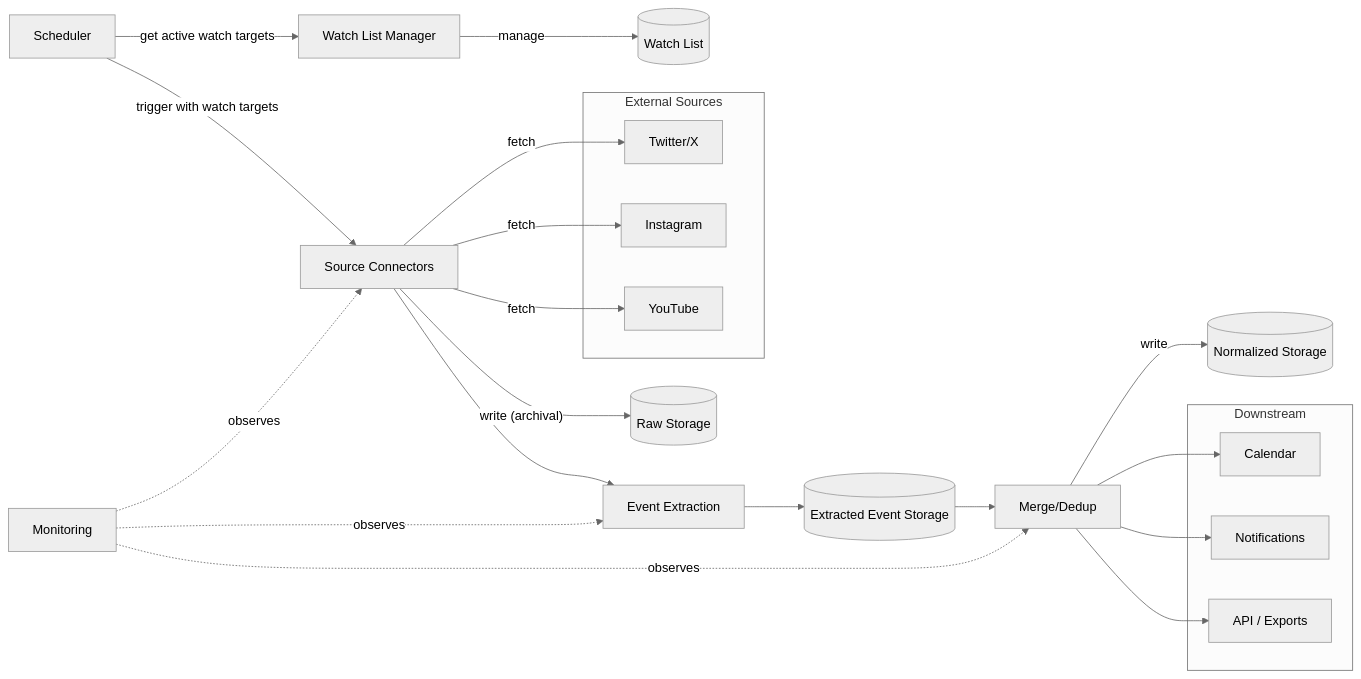
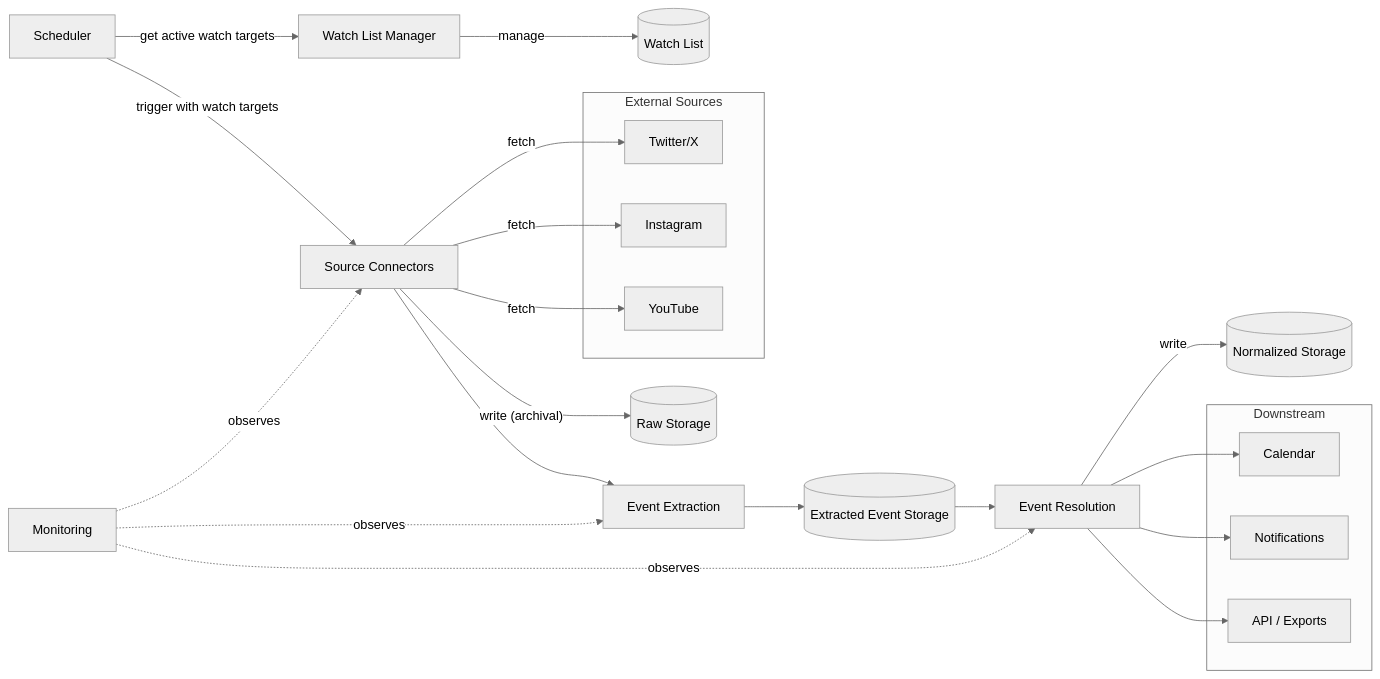
The diagram in ARCHITECTURE.md (d4n1elchen/oshikatsu), drawn with Mermaid (neutral theme) before and after one commit. The commit also changed other lines of this file and 9 other files, not shown here.

First line of the commit message:
docs: rename Phase 3 component from Merge/Deduplication to Event Resolution Engine

````diff
--- a/ARCHITECTURE.md
+++ b/ARCHITECTURE.md
@@ -9,40 +9,40 @@
 ```mermaid
 flowchart LR
     subgraph Sources["External Sources"]
         TW["Twitter/X"]
         IG["Instagram"]
         YT["YouTube"]
     end
 
     WLM["Watch List Manager"]
     SCHED["Scheduler"]
 
     SC["Source Connectors"]
     PE["Event Extraction"]
-    MD["Merge/Dedup"]
+    MD["Event Resolution"]
 
     WL[("Watch List")]
     RAW[("Raw Storage")]
     EXT[("Extracted Event Storage")]
     NORM[("Normalized Storage")]
 
     subgraph Downstream
         CAL["Calendar"]
         NOTIF["Notifications"]
         API["API / Exports"]
     end
 
     MON["Monitoring"]
 
     WLM -- "manage" --> WL
     SCHED -- "get active watch targets" --> WLM
     SCHED -- "trigger with watch targets" --> SC
     SC -- "fetch" --> TW & IG & YT
 
     SC -- "write (archival)" --> RAW
     SC --> PE --> EXT --> MD
     MD -- "write" --> NORM
     MD --> CAL & NOTIF & API
 
     MON -. "observes" .-> SC & PE & MD
 ```
````
